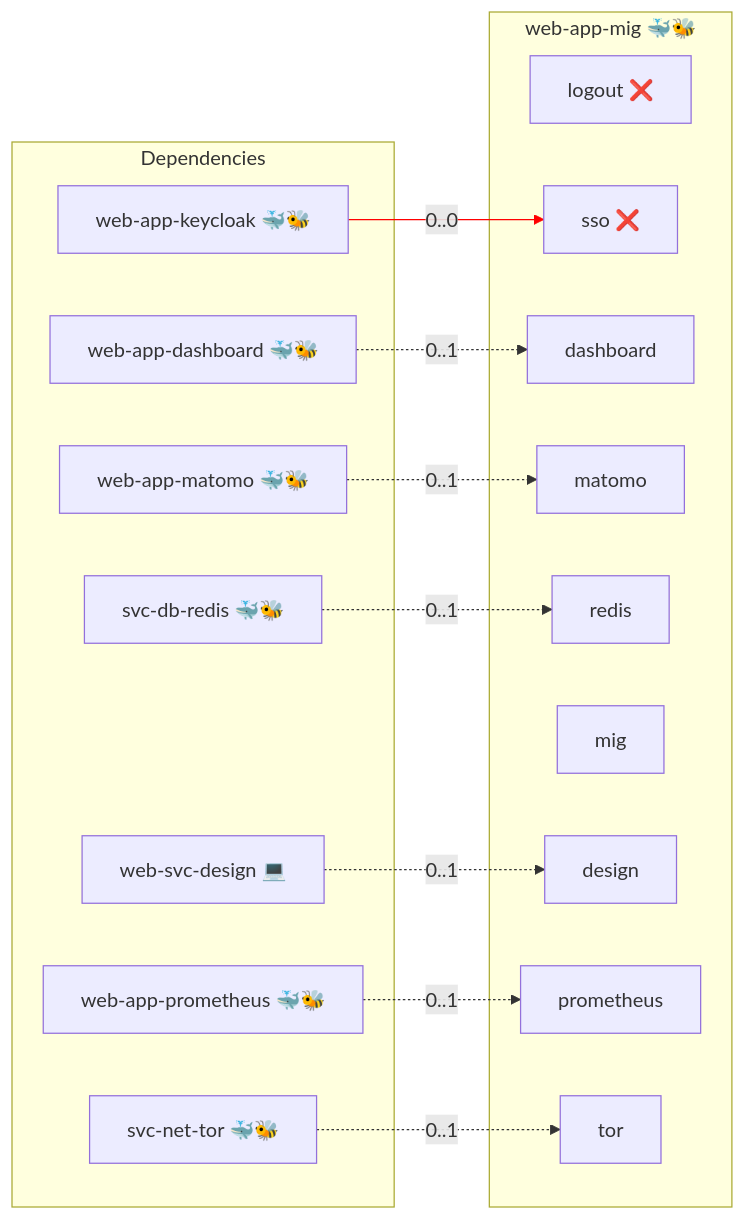
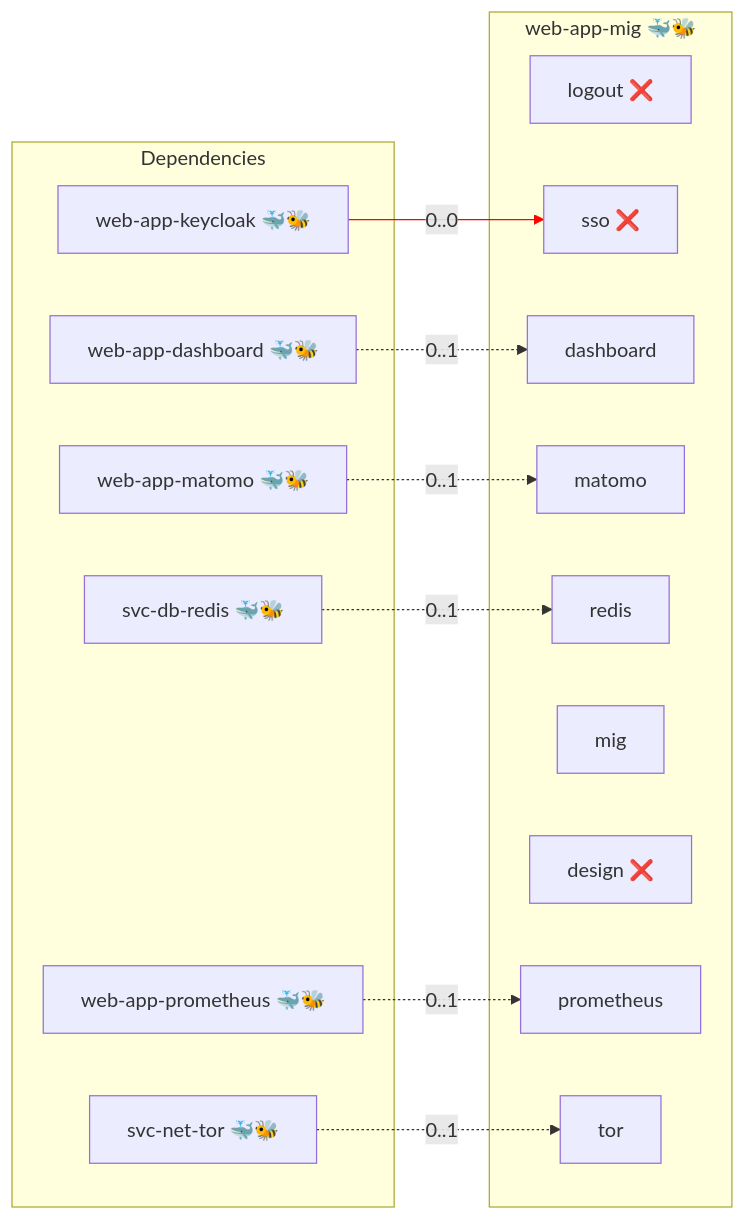
The diagram in roles/web-app-mig/README.md (infinito-nexus/core), drawn with Mermaid before and after one commit. The commit also changed 32 other files, not shown here.

````diff
--- a/roles/web-app-mig/README.md
+++ b/roles/web-app-mig/README.md
@@ -17,31 +17,29 @@
 ```mermaid
 flowchart LR
     subgraph deps [Dependencies]
         dep_svc_db_redis["svc-db-redis 🐳🐝"]
         dep_svc_net_tor["svc-net-tor 🐳🐝"]
         dep_web_app_dashboard["web-app-dashboard 🐳🐝"]
         dep_web_app_keycloak["web-app-keycloak 🐳🐝"]
         dep_web_app_matomo["web-app-matomo 🐳🐝"]
         dep_web_app_prometheus["web-app-prometheus 🐳🐝"]
-        dep_web_svc_design["web-svc-design 💻"]
     end
     subgraph role [web-app-mig 🐳🐝]
         svc_logout["logout ❌"]
         svc_sso["sso ❌"]
         svc_dashboard["dashboard"]
         svc_matomo["matomo"]
         svc_redis["redis"]
         svc_mig["mig"]
-        svc_design["design"]
+        svc_design["design ❌"]
         svc_prometheus["prometheus"]
         svc_tor["tor"]
     end
     dep_svc_db_redis -. "0..1" .-> svc_redis
     dep_svc_net_tor -. "0..1" .-> svc_tor
     dep_web_app_dashboard -. "0..1" .-> svc_dashboard
     dep_web_app_keycloak -- "0..0" --> svc_sso
     dep_web_app_matomo -. "0..1" .-> svc_matomo
     dep_web_app_prometheus -. "0..1" .-> svc_prometheus
-    dep_web_svc_design -. "0..1" .-> svc_design
     linkStyle 3 stroke:red;
 ```
````
